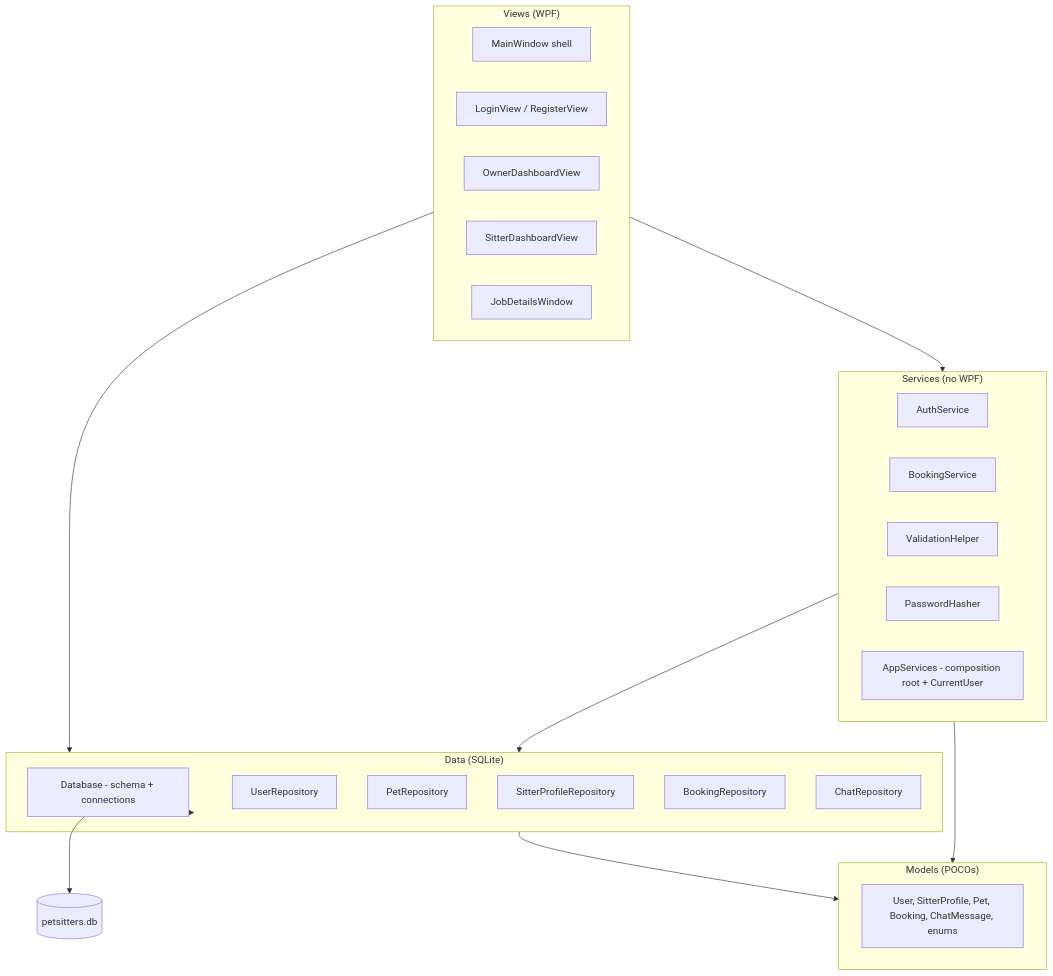
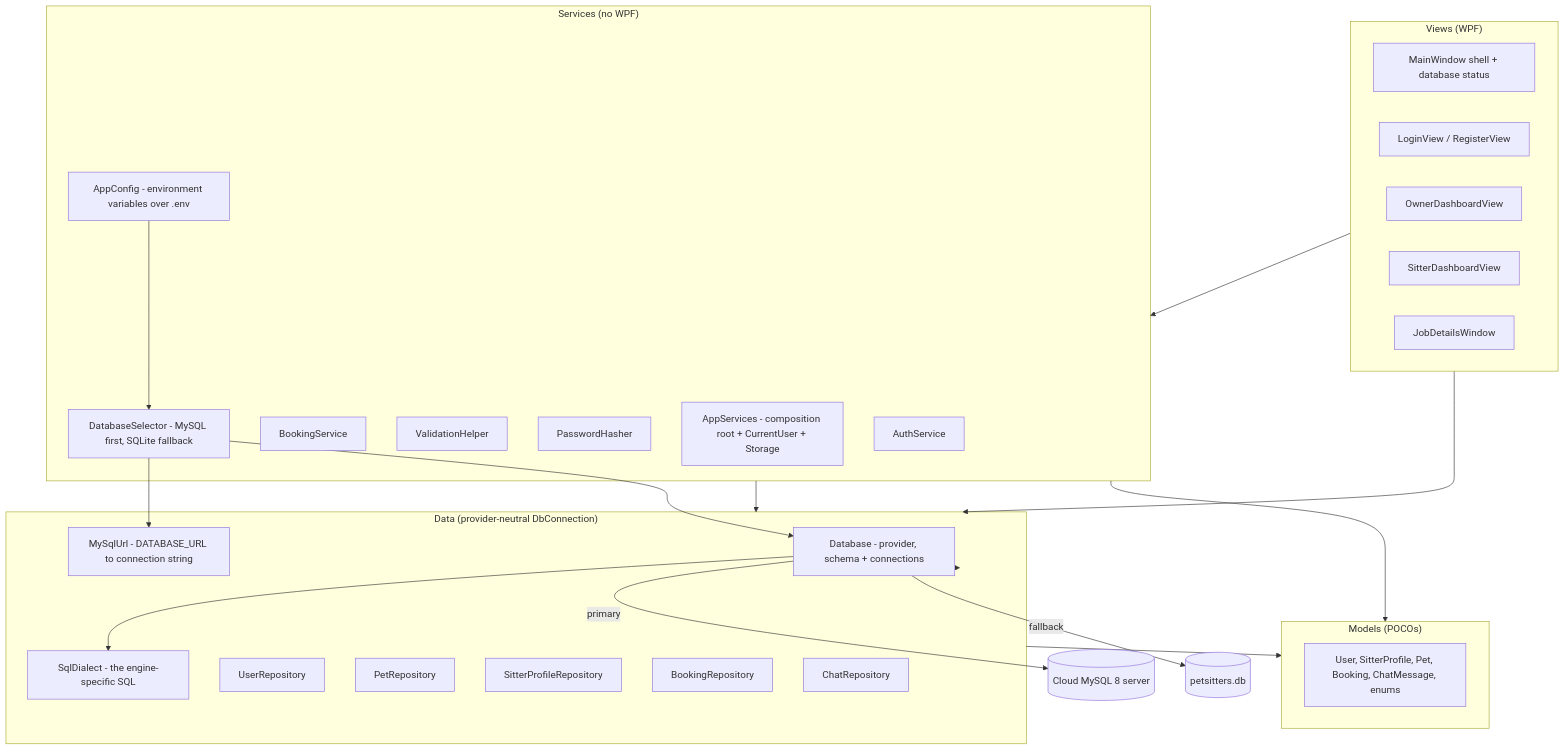
The first of 4 diagrams in docs/Architecture.md (Misterdynamite/PetSitters), drawn with Mermaid before and after one commit. The commit also changed other lines of this file and 38 other files, not shown here.

Commit message:
Addressed REQ-GR-09 (proposed): MySQL cloud database with SQLite fallback (.env DATABASE_URL)

````diff
--- a/docs/Architecture.md
+++ b/docs/Architecture.md
@@ -53,36 +73,45 @@
 ```mermaid
 flowchart TD
     subgraph UI["Views (WPF)"]
-        MW[MainWindow shell]
+        MW["MainWindow shell + database status"]
         LV[LoginView / RegisterView]
         OD[OwnerDashboardView]
         SD[SitterDashboardView]
         JD[JobDetailsWindow]
     end
     subgraph SVC["Services (no WPF)"]
         AS[AuthService]
         BS[BookingService]
         VH[ValidationHelper]
         PH[PasswordHasher]
-        APP[AppServices - composition root + CurrentUser]
+        APP["AppServices - composition root + CurrentUser + Storage"]
+        CFG["AppConfig - environment variables over .env"]
+        SEL["DatabaseSelector - MySQL first, SQLite fallback"]
     end
-    subgraph DATA["Data (SQLite)"]
-        DB[Database - schema + connections]
+    subgraph DATA["Data (provider-neutral DbConnection)"]
+        DB["Database - provider, schema + connections"]
+        DIA["SqlDialect - the engine-specific SQL"]
+        URL["MySqlUrl - DATABASE_URL to connection string"]
         UR[UserRepository]
         PR[PetRepository]
         SPR[SitterProfileRepository]
         BR[BookingRepository]
         CR[ChatRepository]
     end
     subgraph MODELS["Models (POCOs)"]
         M[User, SitterProfile, Pet, Booking, ChatMessage, enums]
     end
 
     UI --> SVC
     UI --> DATA
     SVC --> DATA
     DATA --> DB
     DATA --> MODELS
     SVC --> MODELS
-    DB --> SQLiteFile[(petsitters.db)]
+    CFG --> SEL
+    SEL --> URL
+    SEL --> DB
+    DB --> DIA
+    DB -->|"primary"| MySQLServer[("Cloud MySQL 8 server")]
+    DB -->|"fallback"| SQLiteFile[(petsitters.db)]
 ```
````
